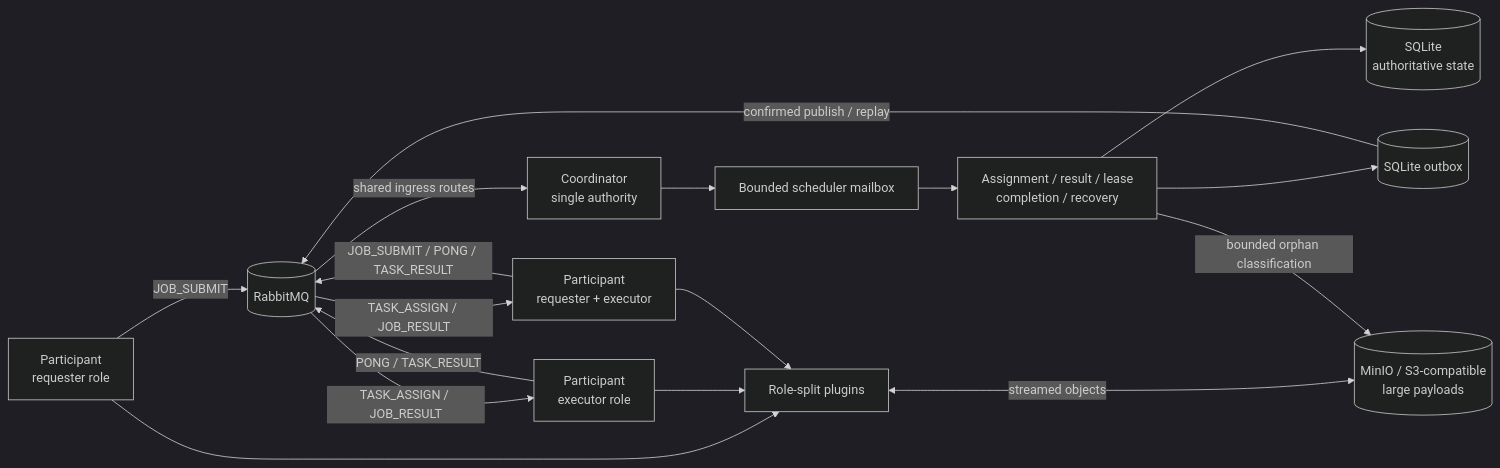
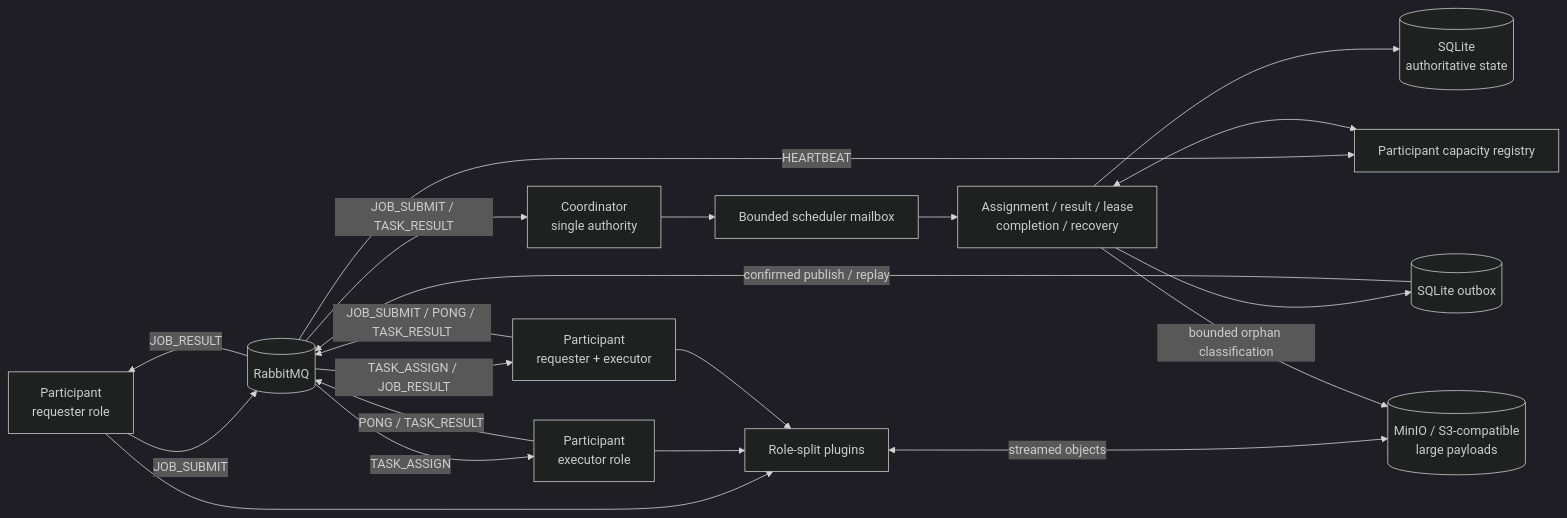
The diagram in README.md (HuuPhu-Nguyen/Task-Flow-2), drawn with Mermaid (dark theme) before and after one commit. The commit also changed other lines of this file and 2 other files, not shown here.

Commit message:
[TF-0802] Add invariant-tied architecture diagrams
Invariant:
- Map I1-I10 to the current component, assignment, result, recovery, object, and scheduler boundaries without promoting planned architecture.

Failure mode:
- Replace prose-only architectural tracing with explicit commit points, conditional fences, replay paths, ownership states, and bounded queue/deadline flows.

Durable state:
- none.

Protocol:
- none.

Tests:
- Six-diagram title/count/invariant and current-component audits.
- All 109 README/diagram links resolve.
- All seven Mermaid blocks rendered successfully to SVG.
- .\mvnw.cmd test (25-module reactor).
- git diff --check and git diff --cached --check.

Documentation:
- Add docs/ARCHITECTURE_DIAGRAMS.md and link/correct the README component view.
- Record the active TF-0802 plan and verification evidence.

Limitation:
- Diagrams retain the single-coordinator, SQLite, RabbitMQ, and optional MinIO boundary; no TF-0803 matrix or planned HA topology is included.

````diff
--- a/README.md
+++ b/README.md
@@ -84,30 +84,34 @@
 ```mermaid
 flowchart LR
     Requester[Participant<br/>requester role]
     ExecutorA[Participant<br/>executor role]
     ExecutorB[Participant<br/>requester + executor]
     RabbitMQ[(RabbitMQ)]
     Coordinator[Coordinator<br/>single authority]
     Mailbox[Bounded scheduler mailbox]
     Services[Assignment / result / lease<br/>completion / recovery]
+    Registry[Participant capacity registry]
     SQLite[(SQLite<br/>authoritative state)]
     Outbox[(SQLite outbox)]
     MinIO[(MinIO / S3-compatible<br/>large payloads)]
     Plugins[Role-split plugins]
 
     Requester -->|JOB_SUBMIT| RabbitMQ
     ExecutorA -->|PONG / TASK_RESULT| RabbitMQ
     ExecutorB -->|JOB_SUBMIT / PONG / TASK_RESULT| RabbitMQ
-    RabbitMQ -->|shared ingress routes| Coordinator
+    RabbitMQ -->|JOB_SUBMIT / TASK_RESULT| Coordinator
+    RabbitMQ -->|HEARTBEAT| Registry
     Coordinator --> Mailbox --> Services
+    Services <--> Registry
     Services --> SQLite
     Services --> Outbox
     Outbox -->|confirmed publish / replay| RabbitMQ
-    RabbitMQ -->|TASK_ASSIGN / JOB_RESULT| ExecutorA
+    RabbitMQ -->|JOB_RESULT| Requester
+    RabbitMQ -->|TASK_ASSIGN| ExecutorA
     RabbitMQ -->|TASK_ASSIGN / JOB_RESULT| ExecutorB
     Requester --> Plugins
     ExecutorA --> Plugins
     ExecutorB --> Plugins
     Plugins <-->|streamed objects| MinIO
     Services -->|bounded orphan classification| MinIO
 ```
````
